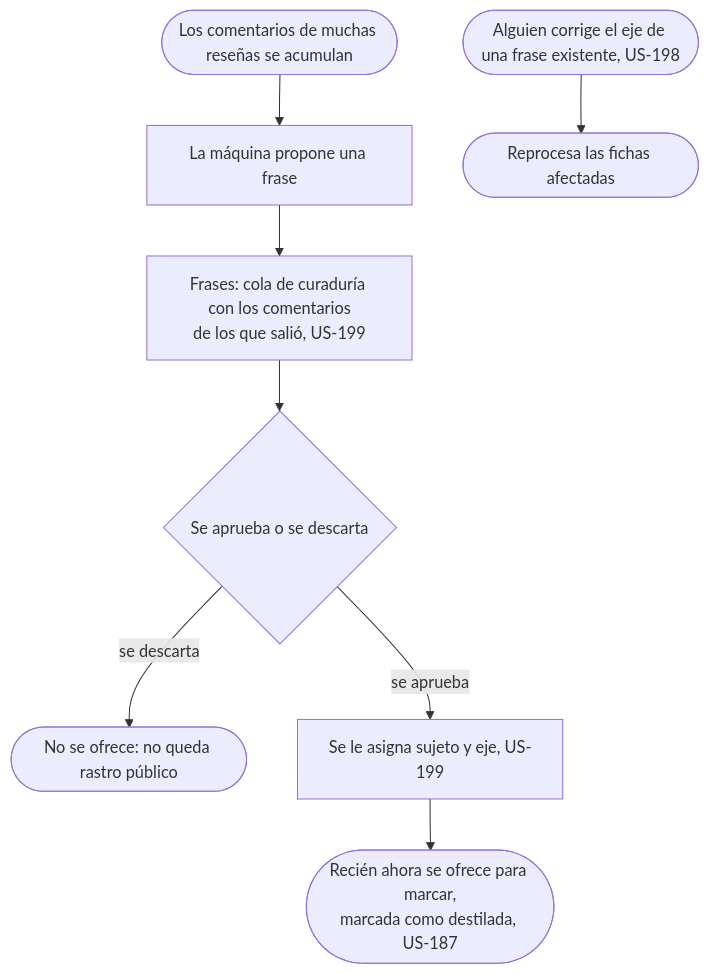
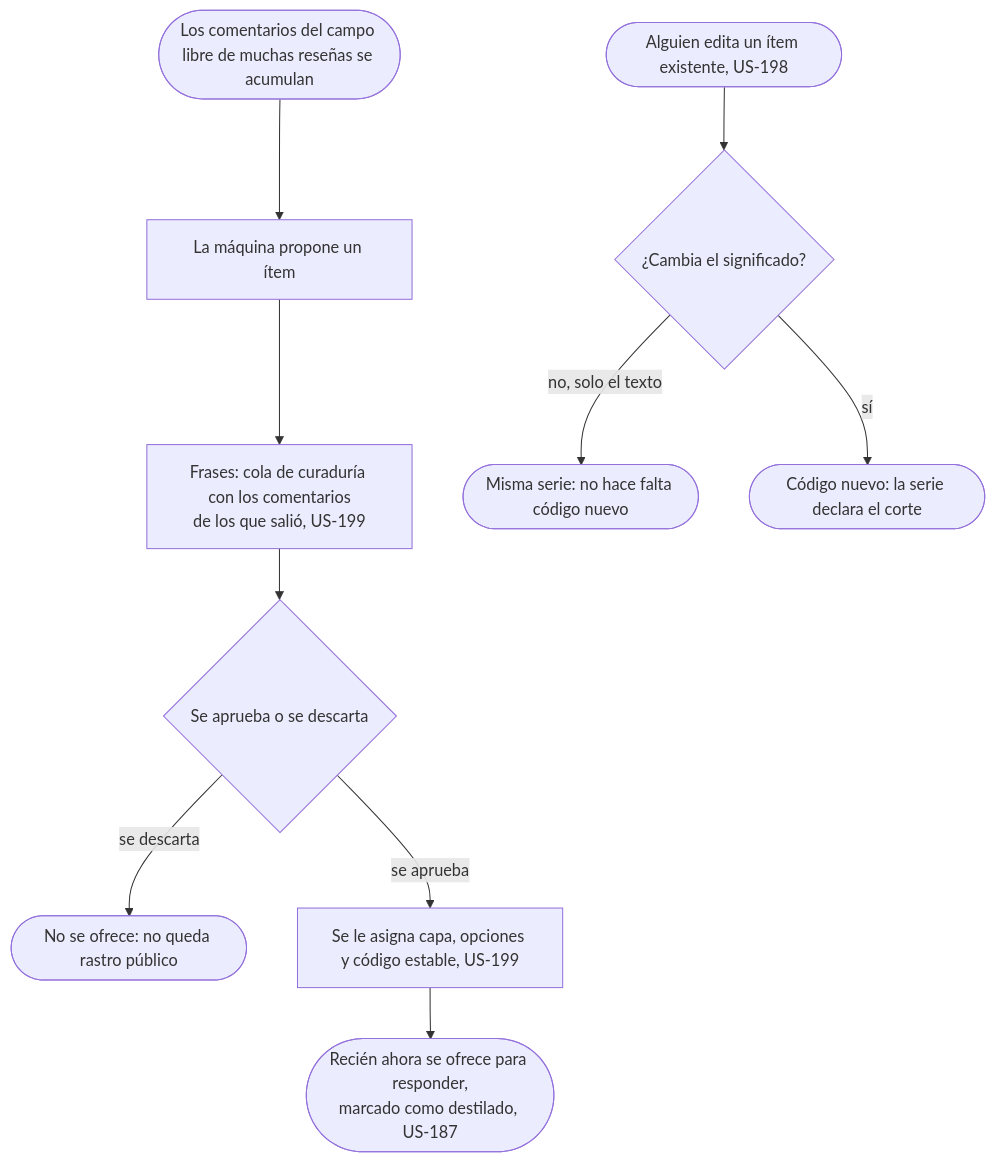
Before and after one commit to lucasidev/plan-b: the third of 5 diagrams in docs/product/team/sustain-the-catalog/flow.md, drawn with Mermaid. The commit also changed other lines of this file and 243 other files, not shown here.

````diff
--- a/docs/product/team/sustain-the-catalog/flow.md
+++ b/docs/product/team/sustain-the-catalog/flow.md
@@ -37,10 +37,12 @@
 ```mermaid
 flowchart TD
-  A([Los comentarios de muchas reseñas se acumulan]) --> B[La máquina propone una frase]
+  A([Los comentarios del campo libre de muchas reseñas se acumulan]) --> B[La máquina propone un ítem]
   B --> C[Frases: cola de curaduría con los comentarios<br/>de los que salió, US-199]
   C --> D{Se aprueba o se descarta}
   D -->|se descarta| E([No se ofrece: no queda rastro público])
-  D -->|se aprueba| F[Se le asigna sujeto y eje, US-199]
-  F --> G([Recién ahora se ofrece para marcar,<br/>marcada como destilada, US-187])
-  H([Alguien corrige el eje de una frase existente, US-198]) --> I([Reprocesa las fichas afectadas])
+  D -->|se aprueba| F[Se le asigna capa, opciones y código estable, US-199]
+  F --> G([Recién ahora se ofrece para responder,<br/>marcado como destilado, US-187])
+  H([Alguien edita un ítem existente, US-198]) --> I{¿Cambia el significado?}
+  I -->|no, solo el texto| J([Misma serie: no hace falta código nuevo])
+  I -->|sí| K([Código nuevo: la serie declara el corte])
 ```
````
